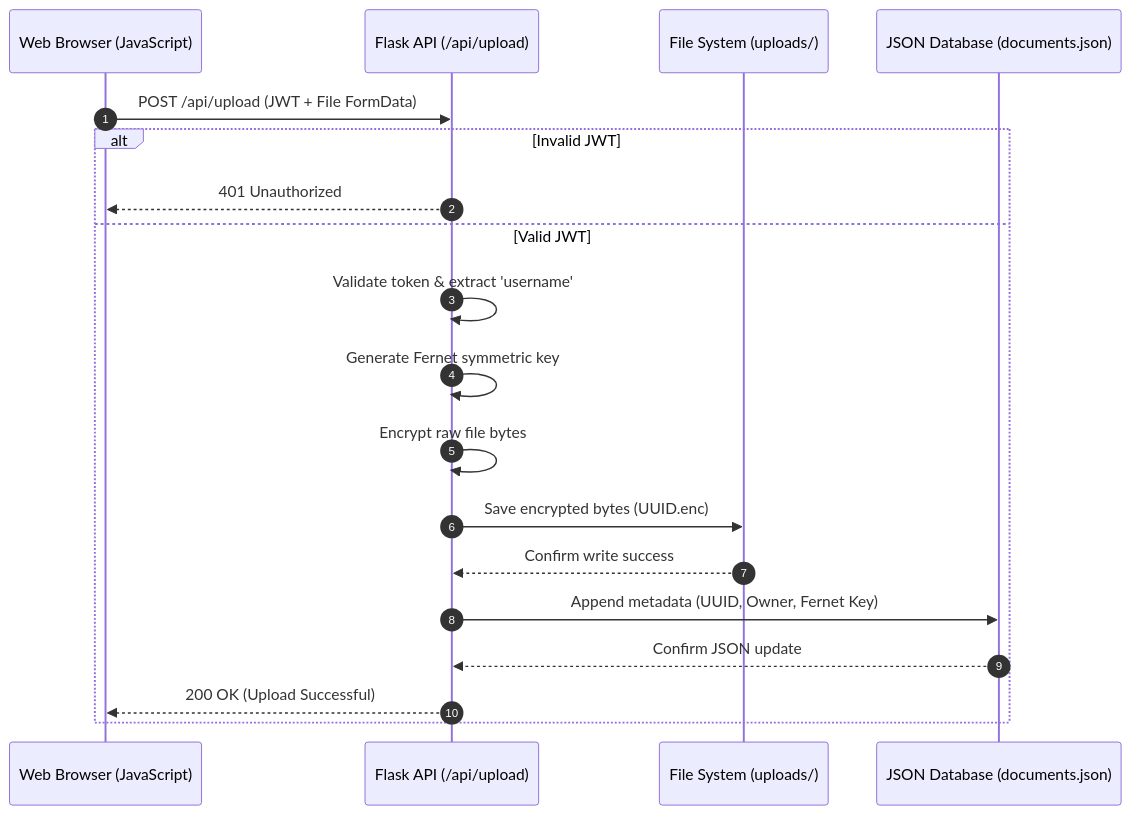
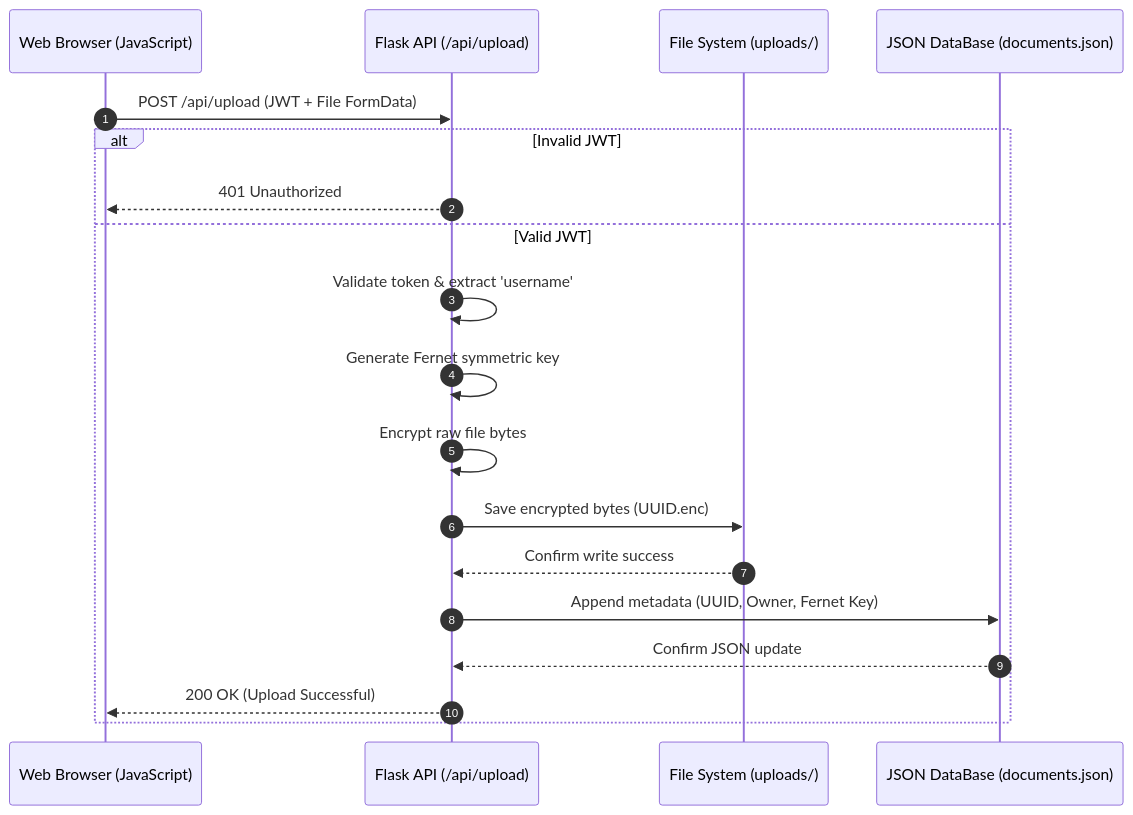
The diagram in Docs/ARCHITECTURE.md (Weston-Lane/CompSecProject), drawn with Mermaid before and after one commit. The commit also changed 15 other files, not shown here.

````diff
--- a/Docs/ARCHITECTURE.md
+++ b/Docs/ARCHITECTURE.md
@@ -1,23 +1,23 @@
 ```mermaid
 sequenceDiagram
     autonumber
     participant Client as Web Browser (JavaScript)
     participant Server as Flask API (/api/upload)
     participant Disk as File System (uploads/)
-    participant DB as JSON Database (documents.json)
+    participant DB as JSON DataBase (documents.json)
 
     Client->>Server: POST /api/upload (JWT + File FormData)
     
     alt Invalid JWT
         Server-->>Client: 401 Unauthorized
     else Valid JWT
         Server->>Server: Validate token & extract 'username'
         Server->>Server: Generate Fernet symmetric key
         Server->>Server: Encrypt raw file bytes
         Server->>Disk: Save encrypted bytes (UUID.enc)
         Disk-->>Server: Confirm write success
         Server->>DB: Append metadata (UUID, Owner, Fernet Key)
         DB-->>Server: Confirm JSON update
         Server-->>Client: 200 OK (Upload Successful)
     end
 ```
````
